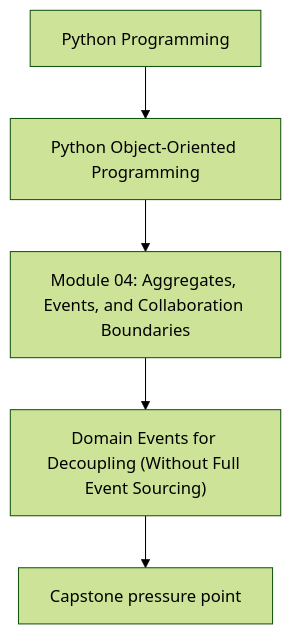
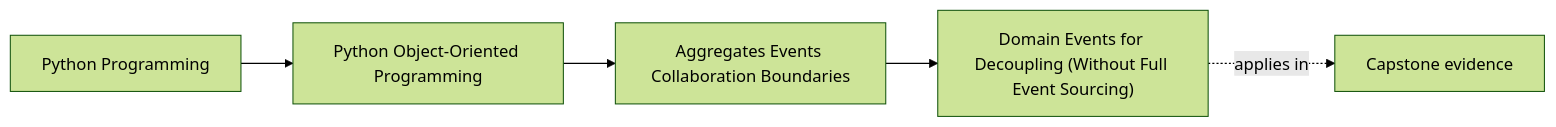
One commit to bijux/bijux-masterclass changed the first of 2 diagrams in programs/python-programming/python-object-oriented-programming/course-book/module-04-aggregates-events-collaboration-boundaries/domain-events-without-event-sourcing.md. Above: the diagram before and after it, drawn with Mermaid (forest theme). The commit also changed other lines of this file and 65 other files, not shown here.

Commit message:
docs(python-object-oriented-programming): map object model and design foundations

````diff
--- a/programs/python-programming/python-object-oriented-programming/course-book/module-04-aggregates-events-collaboration-boundaries/domain-events-without-event-sourcing.md
+++ b/programs/python-programming/python-object-oriented-programming/course-book/module-04-aggregates-events-collaboration-boundaries/domain-events-without-event-sourcing.md
@@ -7,7 +7,11 @@
 ```mermaid
-flowchart TD
-  family["Python Programming"] --> program["Python Object-Oriented Programming"]
-  program --> module["Module 04: Aggregates, Events, and Collaboration Boundaries"]
-  module --> concept["Domain Events for Decoupling (Without Full Event Sourcing)"]
-  concept --> capstone["Capstone pressure point"]
+graph LR
+  family["Python Programming"]
+  program["Python Object-Oriented Programming"]
+  section["Aggregates Events Collaboration Boundaries"]
+  page["Domain Events for Decoupling (Without Full Event Sourcing)"]
+  capstone["Capstone evidence"]
+
+  family --> program --> section --> page
+  page -.applies in.-> capstone
 ```
````
